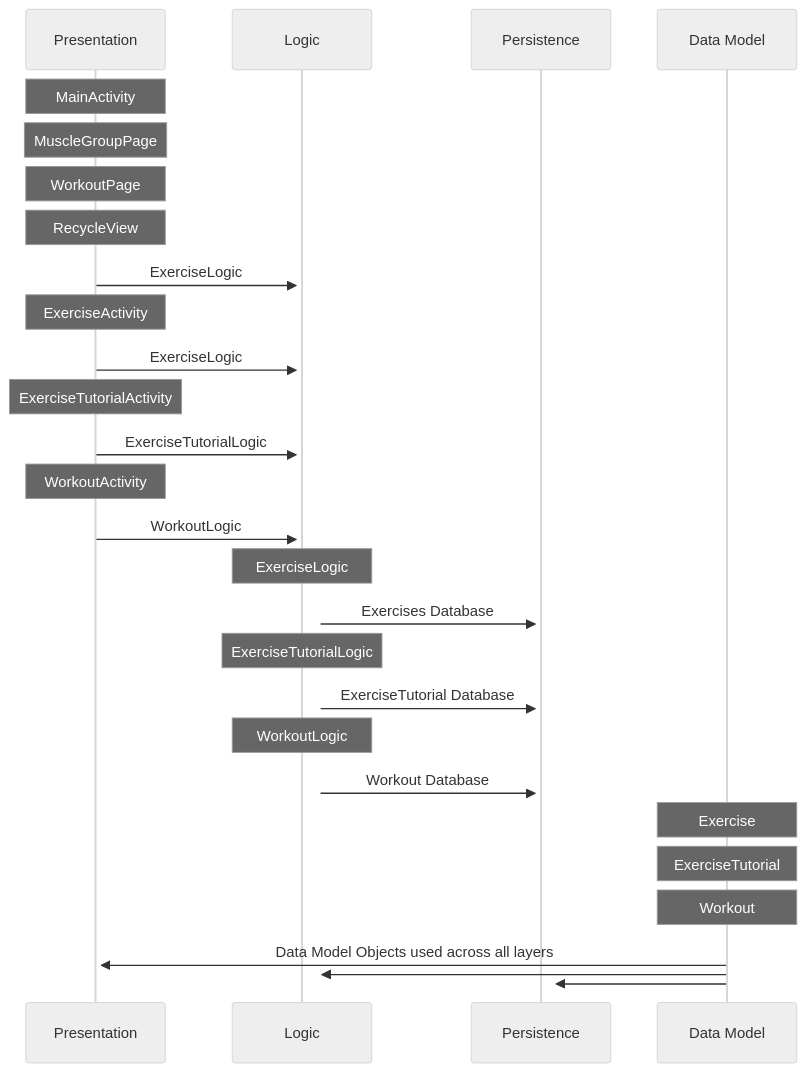
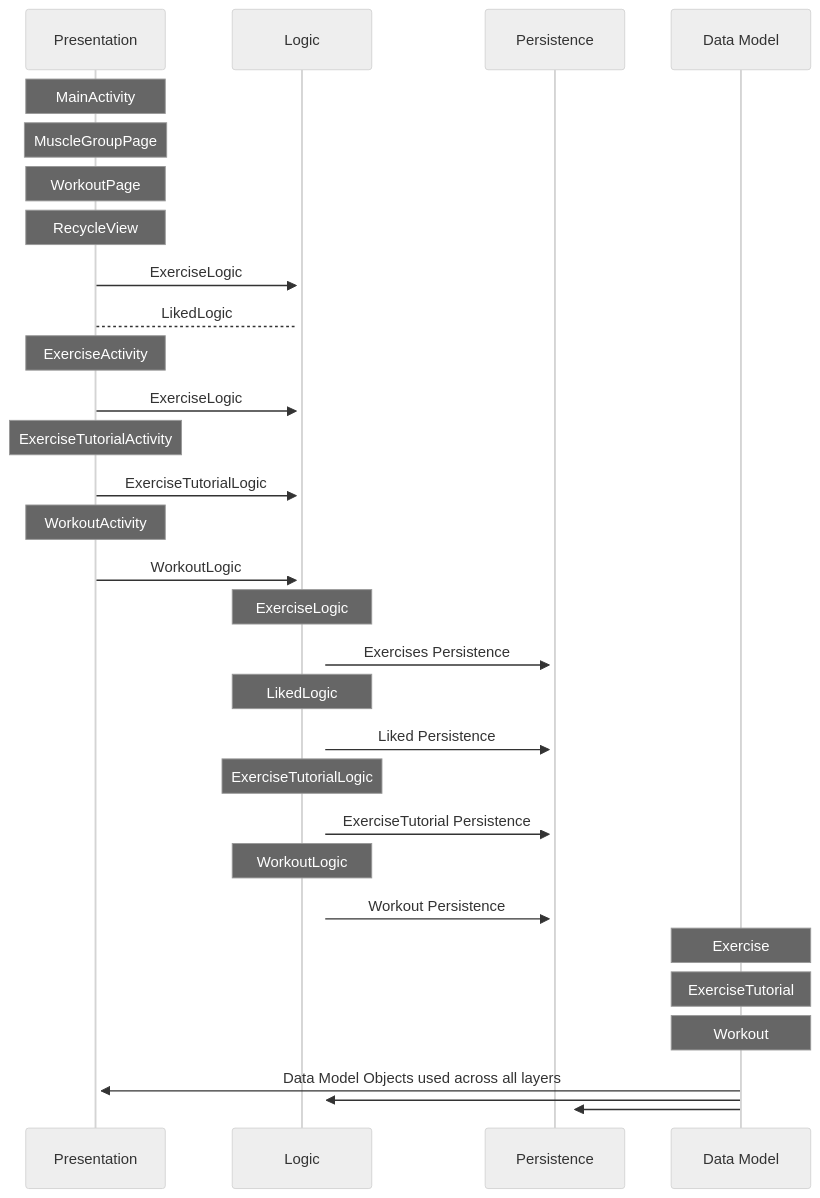
One commit to GeistLitchi/fitclub changed the diagram in ARCHITECTURE.md. Above: the diagram before and after it, drawn with Mermaid (neutral theme).

Commit message:
added LikedLogic to Arch doc

````diff
--- a/ARCHITECTURE.md
+++ b/ARCHITECTURE.md
@@ -3,33 +3,36 @@
 ```mermaid
 sequenceDiagram
     participant Presentation
     participant Logic
     participant Persistence
     participant Data Model
     
     Note over Presentation: MainActivity
     Note over Presentation: MuscleGroupPage
     Note over Presentation: WorkoutPage
     Note over Presentation: RecycleView
     Presentation->>+Logic: ExerciseLogic
+    Presentation-->+Logic: LikedLogic
     Note over Presentation: ExerciseActivity
     Presentation->>+Logic: ExerciseLogic
     Note over Presentation: ExerciseTutorialActivity
     Presentation->>+Logic: ExerciseTutorialLogic
     Note over Presentation: WorkoutActivity
     Presentation->>+Logic: WorkoutLogic
 
     Note over Logic: ExerciseLogic
-    Logic->>+Persistence: Exercises Database
+    Logic->>+Persistence: Exercises Persistence
+    Note over Logic: LikedLogic
+    Logic->>+Persistence: Liked Persistence
     Note over Logic: ExerciseTutorialLogic
-    Logic->>+Persistence: ExerciseTutorial Database
+    Logic->>+Persistence: ExerciseTutorial Persistence
     Note over Logic: WorkoutLogic
-    Logic->>+Persistence: Workout Database
+    Logic->>+Persistence: Workout Persistence
 
     Note over Data Model: Exercise
     Note over Data Model: ExerciseTutorial
     Note over Data Model: Workout
     Data Model->>+Presentation: Data Model Objects used across all layers
     Data Model->>+Logic: 
     Data Model->>+Persistence:    
 ```
````
